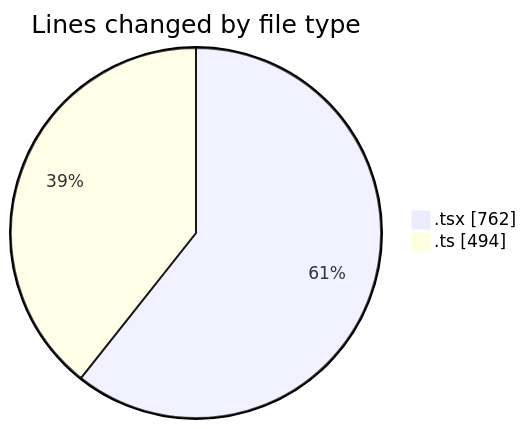
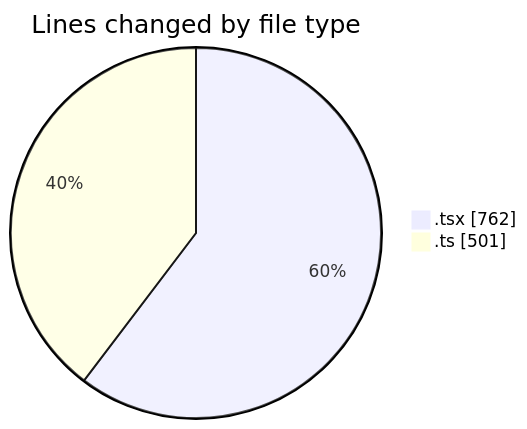
Before and after one commit to robertbonfada/code-tracking: the first of 2 diagrams in 2025-05-20/mbc-web/README.md, drawn with Mermaid. The commit also changed other lines of this file and 1 other file, not shown here.

````diff
--- a/2025-05-20/mbc-web/README.md
+++ b/2025-05-20/mbc-web/README.md
@@ -26,6 +26,6 @@
 ```mermaid
 pie showData
 title Lines changed by file type
 ".tsx" : 762
-".ts" : 494
+".ts" : 501
 ```
````
